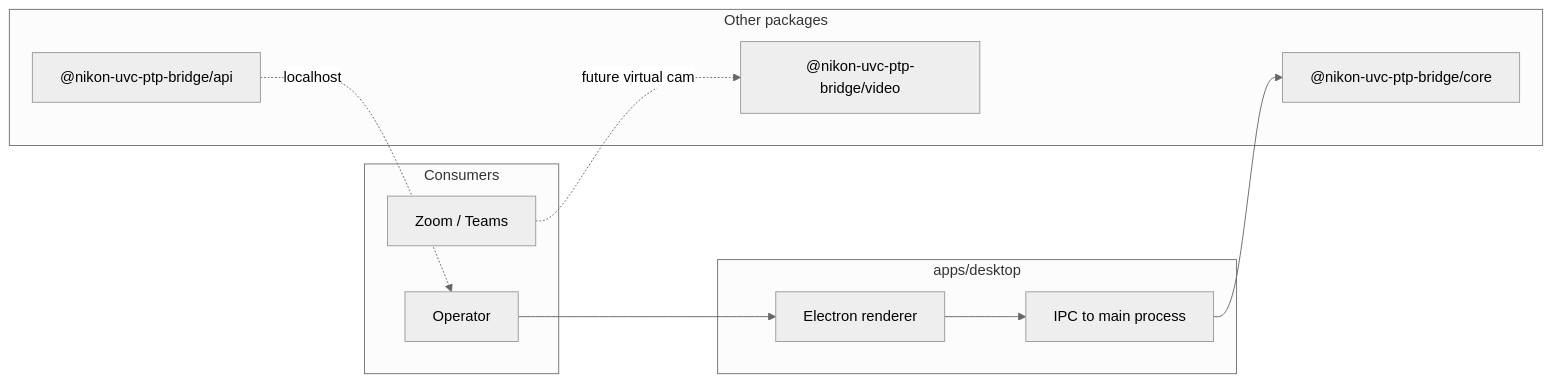
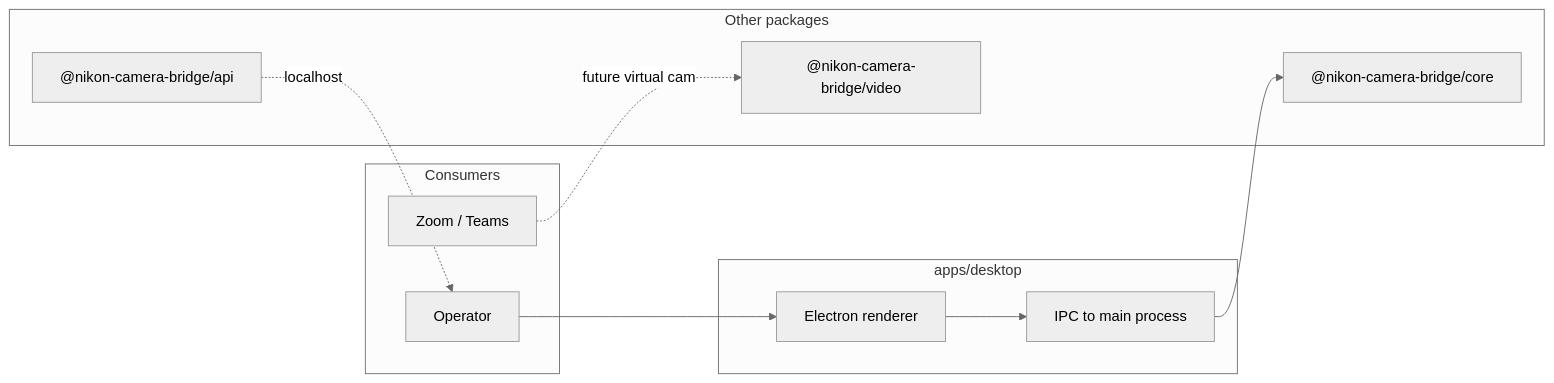
Before and after one commit to AMDphreak/nikon-camera-bridge: the diagram in apps/desktop/README.md, drawn with Mermaid (neutral theme). The commit also changed other lines of this file and 26 other files, not shown here.

First line of the commit message:
Rename project to nikon-camera-bridge (repo slug, pnpm scope, branding)

````diff
--- a/apps/desktop/README.md
+++ b/apps/desktop/README.md
@@ -7,24 +7,24 @@
 ```mermaid
 flowchart LR
   subgraph consumers["Consumers"]
     User[Operator]
     Zoom[Zoom / Teams]
   end
 
   subgraph desktop["apps/desktop"]
     UI[Electron renderer]
     IPC[IPC to main process]
   end
 
   subgraph other["Other packages"]
-    Core["@nikon-uvc-ptp-bridge/core"]
-    API["@nikon-uvc-ptp-bridge/api"]
-    VID["@nikon-uvc-ptp-bridge/video"]
+    Core["@nikon-camera-bridge/core"]
+    API["@nikon-camera-bridge/api"]
+    VID["@nikon-camera-bridge/video"]
   end
 
   User --> UI
   UI --> IPC
   IPC --> Core
   Zoom -. future virtual cam .-> VID
   API -. localhost .-> User
 ```
````
